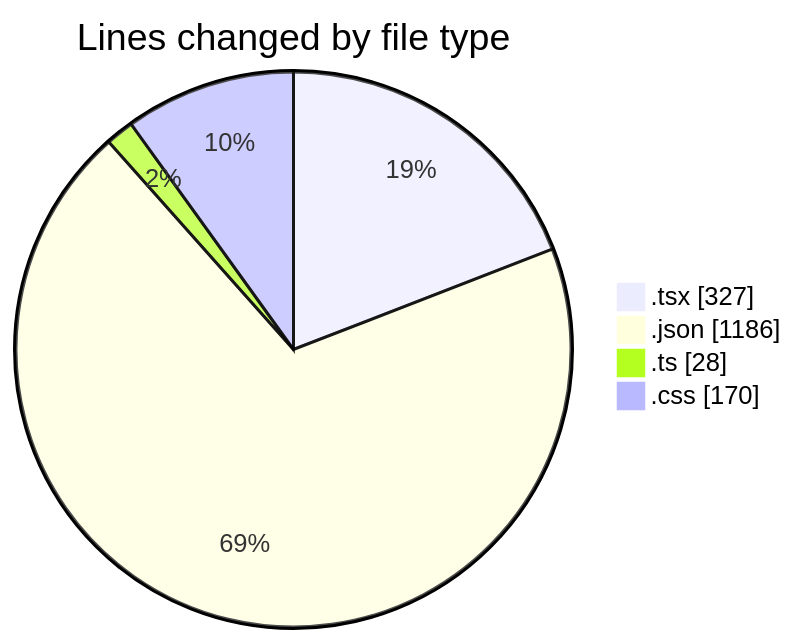
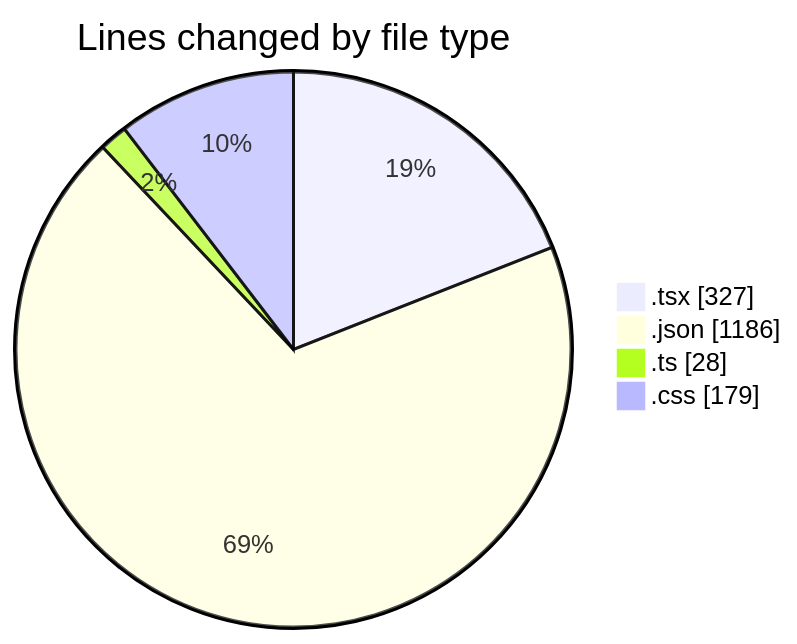
Before and after one commit to EIIisD/code-tracking: the first of 2 diagrams in 2025-08-04/tw-server/README.md, drawn with Mermaid. The commit also changed other lines of this file and 1 other file, not shown here.

````diff
--- a/2025-08-04/tw-server/README.md
+++ b/2025-08-04/tw-server/README.md
@@ -26,8 +26,8 @@
 ```mermaid
 pie showData
 title Lines changed by file type
 ".tsx" : 327
 ".json" : 1186
 ".ts" : 28
-".css" : 170
+".css" : 179
 ```
````
